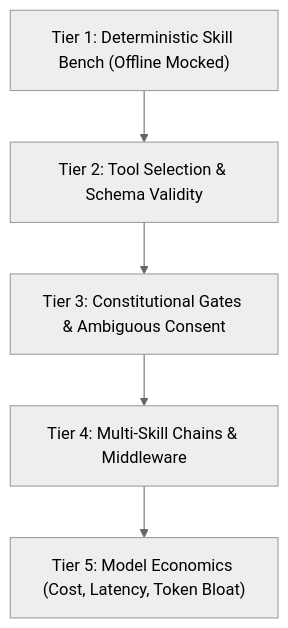
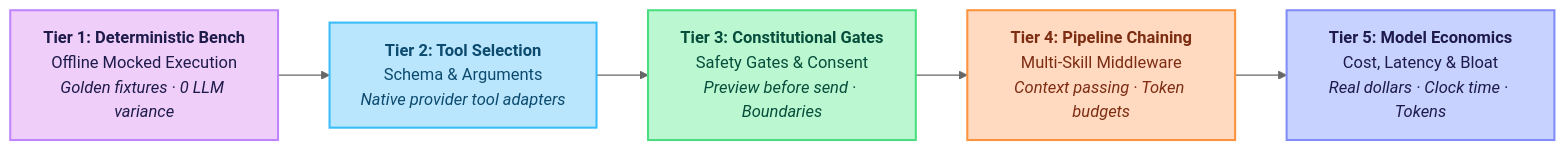
One commit to ARPAHLS/skillware-bench changed the diagram in README.md. Above: the diagram before and after it, drawn with Mermaid (neutral theme). The commit also changed other lines of this file, not shown here.

Commit message:
docs: expand eval tiers diagram width and add comprehensive tier matrix table

````diff
--- a/README.md
+++ b/README.md
@@ -93,7 +93,13 @@
 ```mermaid
-flowchart TD
-    Tier1["Tier 1: Deterministic Skill Bench (Offline Mocked)"] --> Tier2["Tier 2: Tool Selection & Schema Validity"]
-    Tier2 --> Tier3["Tier 3: Constitutional Gates & Ambiguous Consent"]
-    Tier3 --> Tier4["Tier 4: Multi-Skill Chains & Middleware"]
-    Tier4 --> Tier5["Tier 5: Model Economics (Cost, Latency, Token Bloat)"]
+flowchart LR
+    Tier1["<b>Tier 1: Deterministic Bench</b><br/>Offline Mocked Execution<br/><i>Golden fixtures · 0 LLM variance</i>"] --> Tier2["<b>Tier 2: Tool Selection</b><br/>Schema & Arguments<br/><i>Native provider tool adapters</i>"]
+    Tier2 --> Tier3["<b>Tier 3: Constitutional Gates</b><br/>Safety Gates & Consent<br/><i>Preview before send · Boundaries</i>"]
+    Tier3 --> Tier4["<b>Tier 4: Pipeline Chaining</b><br/>Multi-Skill Middleware<br/><i>Context passing · Token budgets</i>"]
+    Tier4 --> Tier5["<b>Tier 5: Model Economics</b><br/>Cost, Latency & Bloat<br/><i>Real dollars · Clock time · Tokens</i>"]
+
+    style Tier1 fill:#efcefa,stroke:#c084fc,stroke-width:2px,color:#1e1b4b
+    style Tier2 fill:#bae6fd,stroke:#38bdf8,stroke-width:2px,color:#0c4a6e
+    style Tier3 fill:#bbf7d0,stroke:#4ade80,stroke-width:2px,color:#064e3b
+    style Tier4 fill:#ffdac1,stroke:#fb923c,stroke-width:2px,color:#7c2d12
+    style Tier5 fill:#c7d2fe,stroke:#818cf8,stroke-width:2px,color:#1e1b4b
 ```
````
